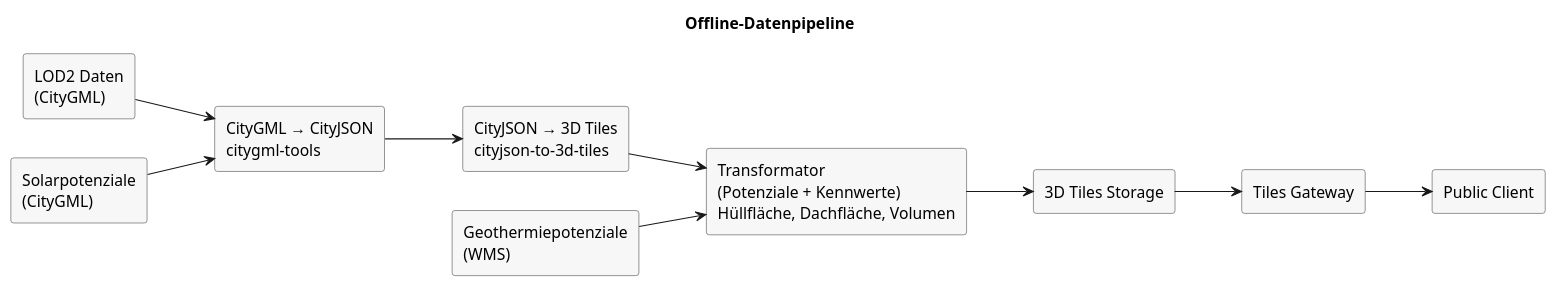
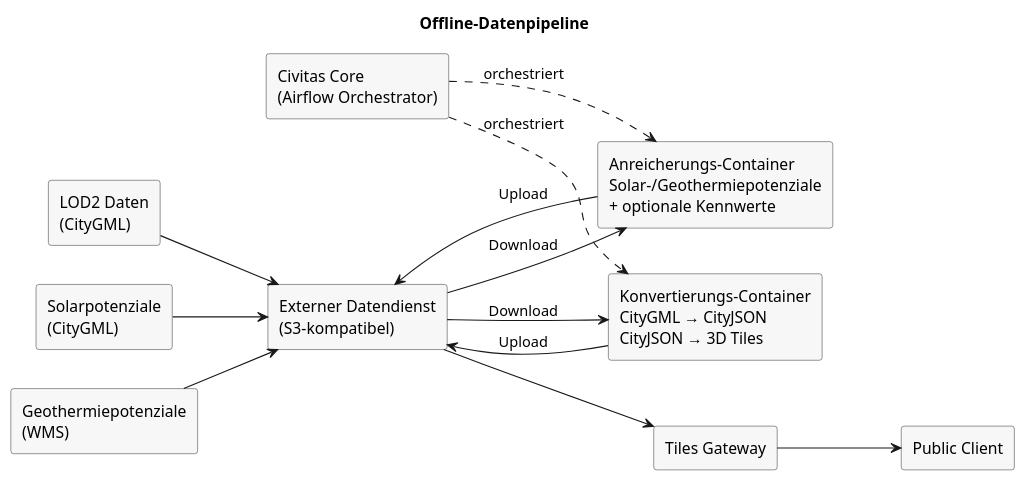
One commit to csi-FOXBYTE/Regensburg_DigitalerEnergieZwilling_Backend changed the diagram in docs/architecture/raw/offline-data-pipeline.puml. Above: the diagram before and after it, drawn with PlantUML. The commit also changed 25 other files, not shown here.

```diff
--- a/docs/architecture/raw/offline-data-pipeline.puml
+++ b/docs/architecture/raw/offline-data-pipeline.puml
@@ -1,31 +1,36 @@
 @startuml
 left to right direction
 skinparam rectangle {
   BackgroundColor #F7F7F7
   BorderColor #444444
 }
 
 title Offline-Datenpipeline
 
 rectangle "LOD2 Daten\n(CityGML)" as lod2
 rectangle "Solarpotenziale\n(CityGML)" as solar
 rectangle "Geothermiepotenziale\n(WMS)" as geo
 
-rectangle "CityGML → CityJSON\ncitygml-tools" as c2j
-rectangle "CityJSON → 3D Tiles\ncityjson-to-3d-tiles" as tiles
-rectangle "Transformator\n(Potenziale + Kennwerte)\nHüllfläche, Dachfläche, Volumen" as trans
+rectangle "Externer Datendienst\n(S3-kompatibel)" as s3
+rectangle "Civitas Core\n(Airflow Orchestrator)" as airflow
+rectangle "Konvertierungs-Container\nCityGML → CityJSON\nCityJSON → 3D Tiles" as convert
+rectangle "Anreicherungs-Container\nSolar-/Geothermiepotenziale\n+ optionale Kennwerte" as enrich
 
-rectangle "3D Tiles Storage" as store
 rectangle "Tiles Gateway" as gw
 rectangle "Public Client" as client
 
-lod2 --> c2j
-solar --> c2j
-c2j --> tiles
-tiles --> trans
-geo --> trans
-trans --> store
-store --> gw
+lod2 --> s3
+solar --> s3
+geo --> s3
+
+airflow ..> convert : orchestriert
+airflow ..> enrich : orchestriert
+s3 --> convert : Download
+convert --> s3 : Upload
+s3 --> enrich : Download
+enrich --> s3 : Upload
+
+s3 --> gw
 gw --> client
 
 @enduml
```
